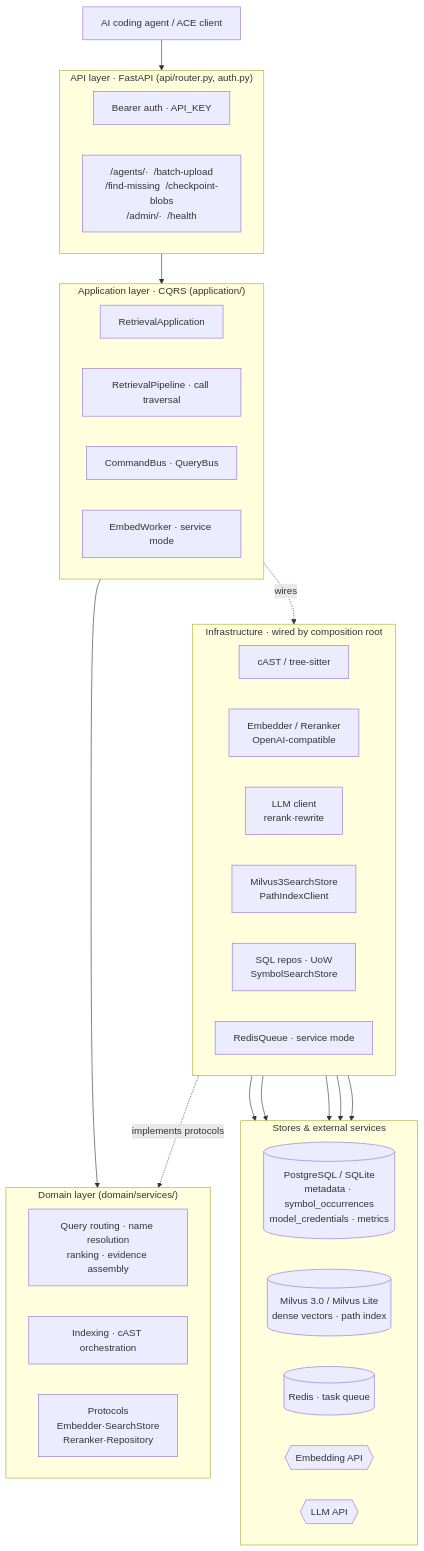
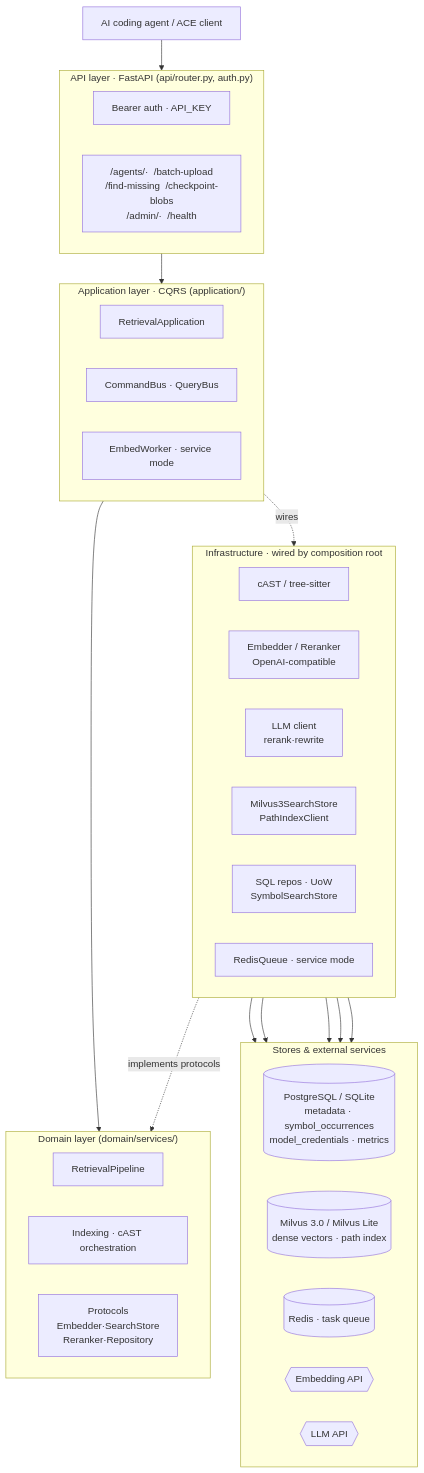
One commit to JasonEX/oce changed the first of 2 diagrams in README.md. Above: the diagram before and after it, drawn with Mermaid. The commit also changed other lines of this file and 34 other files, not shown here.

````diff
--- a/README.md
+++ b/README.md
@@ -512,56 +505,55 @@
 ```mermaid
 flowchart TB
     Client["AI coding agent / ACE client"]
 
     subgraph API["API layer · FastAPI (api/router.py, auth.py)"]
         direction LR
         Auth["Bearer auth · API_KEY"]
         Endpoints["/agents/·  /batch-upload<br/>/find-missing  /checkpoint-blobs<br/>/admin/·  /health"]
     end
 
     subgraph APP["Application layer · CQRS (application/)"]
         direction LR
         AppSvc["RetrievalApplication"]
-        Pipeline["RetrievalPipeline · call traversal"]
         Buses["CommandBus · QueryBus"]
         Worker["EmbedWorker · service mode"]
     end
 
     subgraph DOMAIN["Domain layer (domain/services/)"]
         direction LR
-        Policies["Query routing · name resolution<br/>ranking · evidence assembly"]
+        Pipeline["RetrievalPipeline"]
         Indexing["Indexing · cAST orchestration"]
         Proto["Protocols<br/>Embedder·SearchStore<br/>Reranker·Repository"]
     end
 
     subgraph INFRA["Infrastructure · wired by composition root"]
         direction LR
         Chunker["cAST / tree-sitter"]
         Embed["Embedder / Reranker<br/>OpenAI-compatible"]
         LLMC["LLM client<br/>rerank·rewrite"]
         Vector["Milvus3SearchStore<br/>PathIndexClient"]
         Sql["SQL repos · UoW<br/>SymbolSearchStore"]
         RedisQ["RedisQueue · service mode"]
     end
 
     subgraph STORE["Stores & external services"]
         direction LR
         DB[("PostgreSQL / SQLite<br/>metadata · symbol_occurrences<br/>model_credentials · metrics")]
         Milvus[("Milvus 3.0 / Milvus Lite<br/>dense vectors · path index")]
         Redis[("Redis · task queue")]
         EmbedAPI{{"Embedding API"}}
         LLMAPI{{"LLM API"}}
     end
 
     Client --> API
     API --> APP
     APP --> DOMAIN
     APP -. wires .-> INFRA
     INFRA -. implements protocols .-> DOMAIN
 
     Embed --> EmbedAPI
     LLMC --> LLMAPI
     Vector --> Milvus
     Sql --> DB
     RedisQ --> Redis
 ```
````
